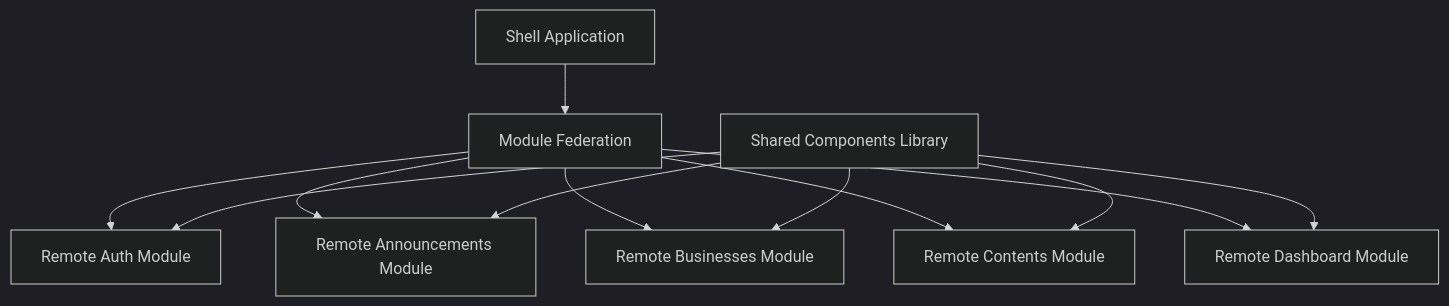
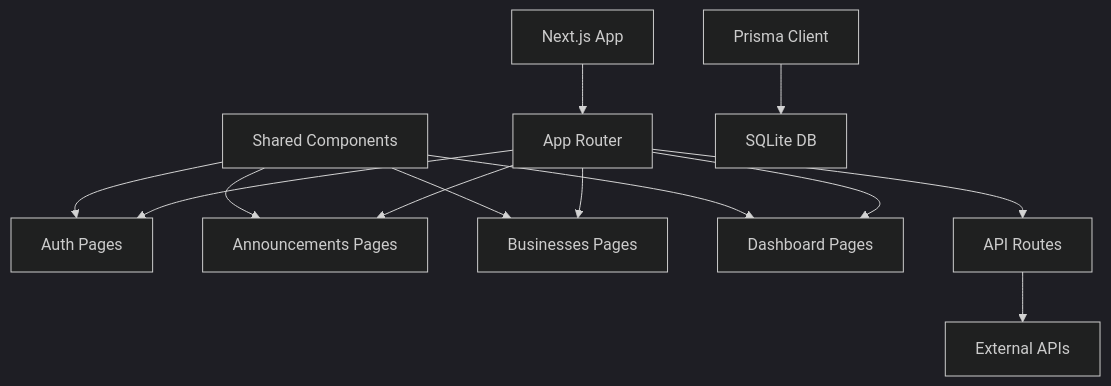
One commit to sinbum/korea_public_data changed the second of 2 diagrams in docs/pm/03_specifications/current_system_state.md. Above: the diagram before and after it, drawn with Mermaid (dark theme). The commit also changed other lines of this file and 9 other files, not shown here.

````diff
--- a/docs/pm/03_specifications/current_system_state.md
+++ b/docs/pm/03_specifications/current_system_state.md
@@ -39,15 +39,17 @@
 ```mermaid
 graph TB
-    A[Shell Application] --> B[Module Federation]
-    B --> C[Remote Auth Module]
-    B --> D[Remote Announcements Module]
-    B --> E[Remote Businesses Module]
-    B --> F[Remote Contents Module]
-    B --> G[Remote Dashboard Module]
+    A[Next.js App] --> B[App Router]
+    B --> C[Auth Pages]
+    B --> D[Announcements Pages]
+    B --> E[Businesses Pages]
+    B --> F[Dashboard Pages]
+    B --> G[API Routes]
     
-    H[Shared Components Library] --> C
+    H[Shared Components] --> C
     H --> D
     H --> E
     H --> F
-    H --> G
+    
+    I[Prisma Client] --> J[SQLite DB]
+    G --> K[External APIs]
 ```
````
